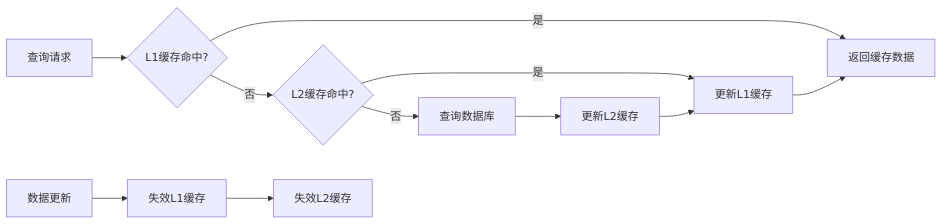
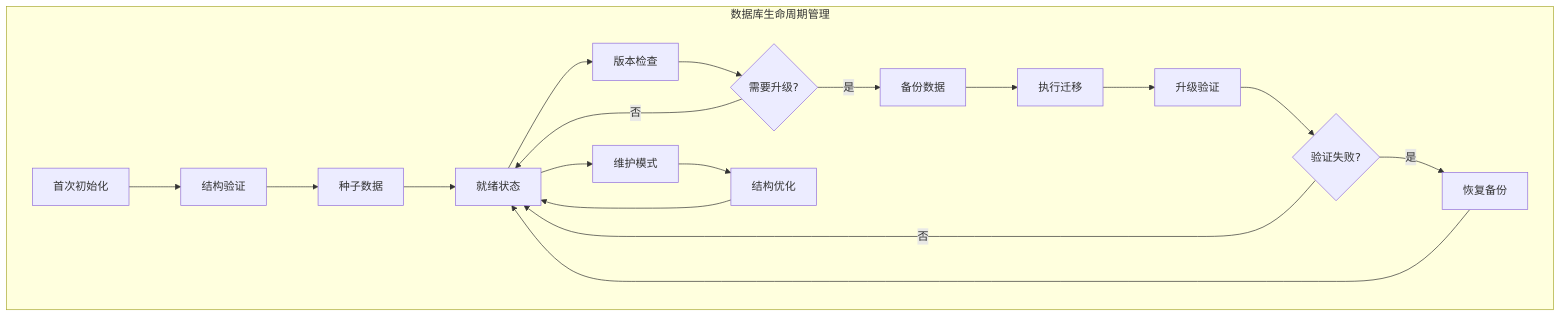
One commit to lornshrimp/Lorn.ADSP changed the sixth of 8 diagrams in docs_TecDesign/广告投放引擎/数据访问层技术设计.md. Above: the diagram before and after it, drawn with Mermaid. The commit also changed other lines of this file and 60 other files, not shown here.

````diff
--- a/docs_TecDesign/广告投放引擎/数据访问层技术设计.md
+++ b/docs_TecDesign/广告投放引擎/数据访问层技术设计.md
@@ -652,14 +788,24 @@
 ```mermaid
-graph LR
-    A[查询请求] --> B{L1缓存命中?}
-    B -->|是| C[返回缓存数据]
-    B -->|否| D{L2缓存命中?}
-    D -->|是| E[更新L1缓存]
-    E --> C
-    D -->|否| F[查询数据库]
-    F --> G[更新L2缓存]
-    G --> E
-    
-    H[数据更新] --> I[失效L1缓存]
-    I --> J[失效L2缓存]
+graph TB
+    subgraph "数据库生命周期管理"
+        INIT[首次初始化] --> VALIDATE[结构验证]
+        VALIDATE --> SEED[种子数据]
+        SEED --> READY[就绪状态]
+        
+        READY --> CHECK[版本检查]
+        CHECK --> UPGRADE{需要升级?}
+        UPGRADE -->|是| BACKUP[备份数据]
+        UPGRADE -->|否| READY
+        
+        BACKUP --> MIGRATE[执行迁移]
+        MIGRATE --> VERIFY[升级验证]
+        VERIFY --> ROLLBACK{验证失败?}
+        ROLLBACK -->|是| RESTORE[恢复备份]
+        ROLLBACK -->|否| READY
+        RESTORE --> READY
+        
+        READY --> MAINTAIN[维护模式]
+        MAINTAIN --> OPTIMIZE[结构优化]
+        OPTIMIZE --> READY
+    end
 ```
````
